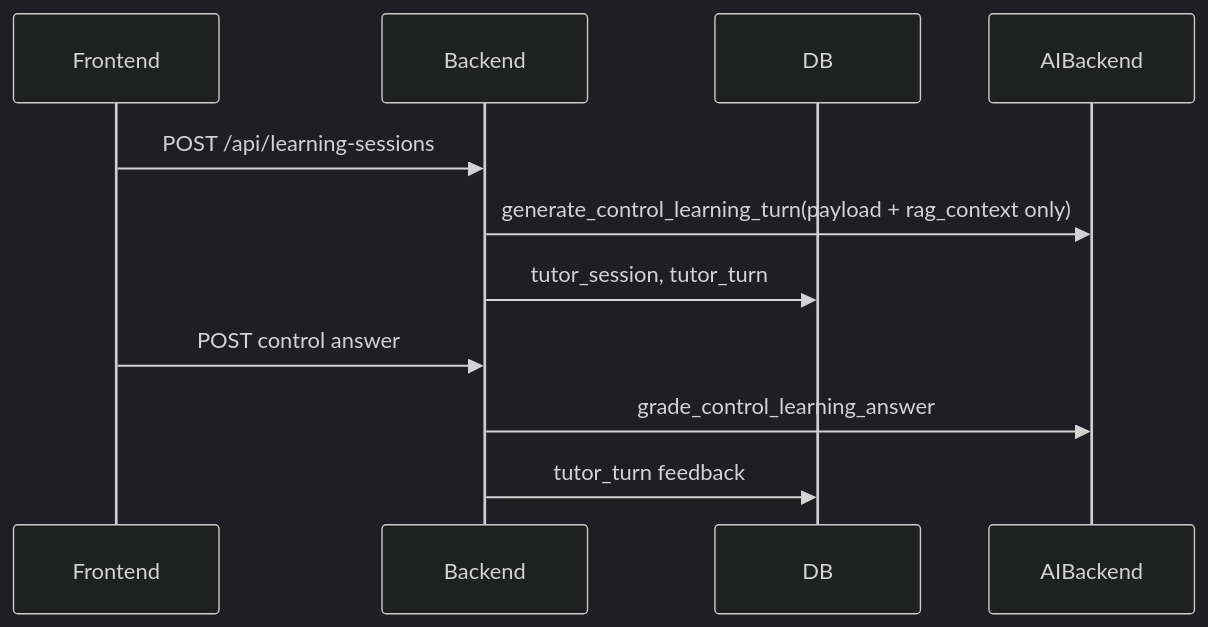
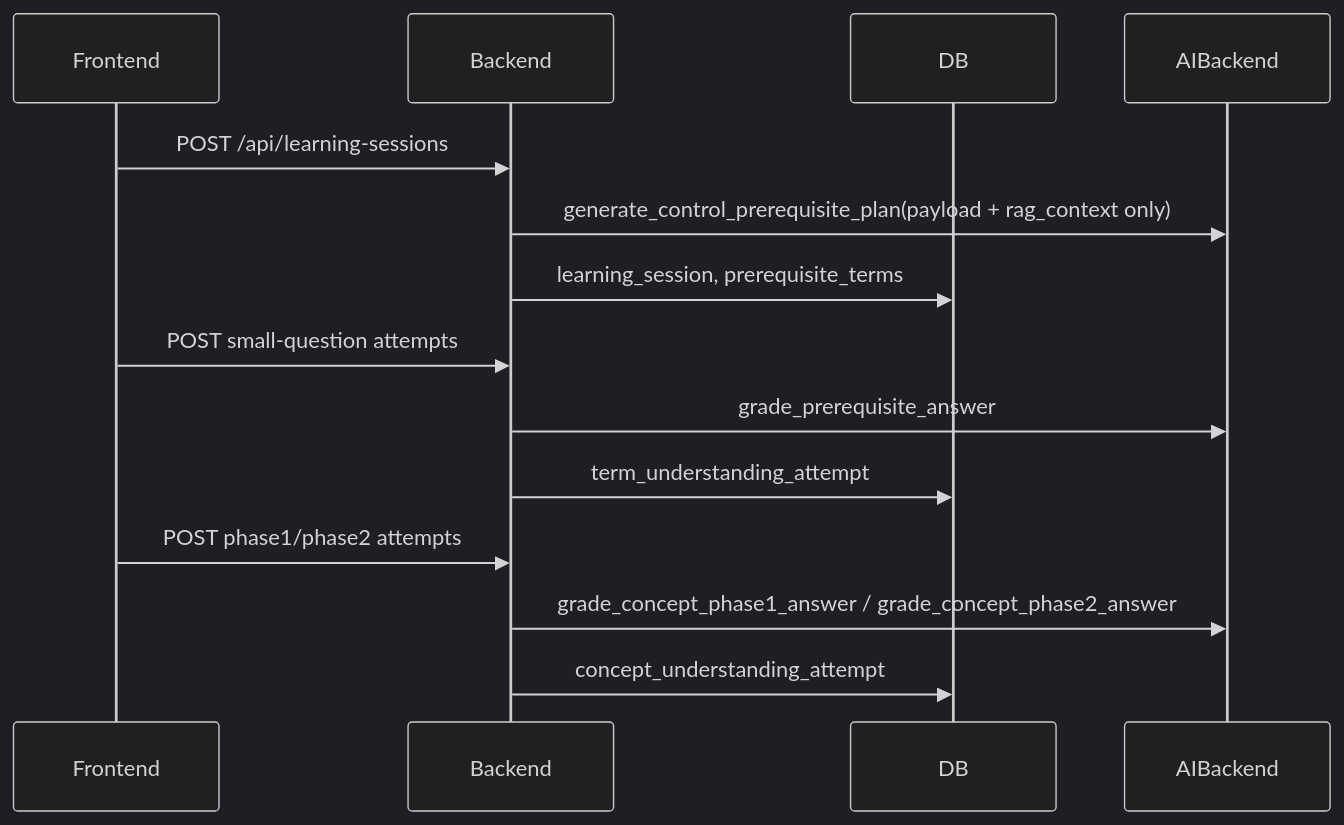
The third of 3 diagrams in docs/05_system_architecture.md (Hiroki252516/gogainen_bot), drawn with Mermaid (dark theme) before and after one commit. The commit also changed other lines of this file and 27 other files, not shown here.

````diff
--- a/docs/05_system_architecture.md
+++ b/docs/05_system_architecture.md
@@ -113,13 +120,16 @@
 ```mermaid
 sequenceDiagram
   participant F as Frontend
   participant B as Backend
   participant DB as DB
   participant AI as AIBackend
   F->>B: POST /api/learning-sessions
-  B->>AI: generate_control_learning_turn(payload + rag_context only)
-  B->>DB: tutor_session, tutor_turn
-  F->>B: POST control answer
-  B->>AI: grade_control_learning_answer
-  B->>DB: tutor_turn feedback
+  B->>AI: generate_control_prerequisite_plan(payload + rag_context only)
+  B->>DB: learning_session, prerequisite_terms
+  F->>B: POST small-question attempts
+  B->>AI: grade_prerequisite_answer
+  B->>DB: term_understanding_attempt
+  F->>B: POST phase1/phase2 attempts
+  B->>AI: grade_concept_phase1_answer / grade_concept_phase2_answer
+  B->>DB: concept_understanding_attempt
 ```
````
